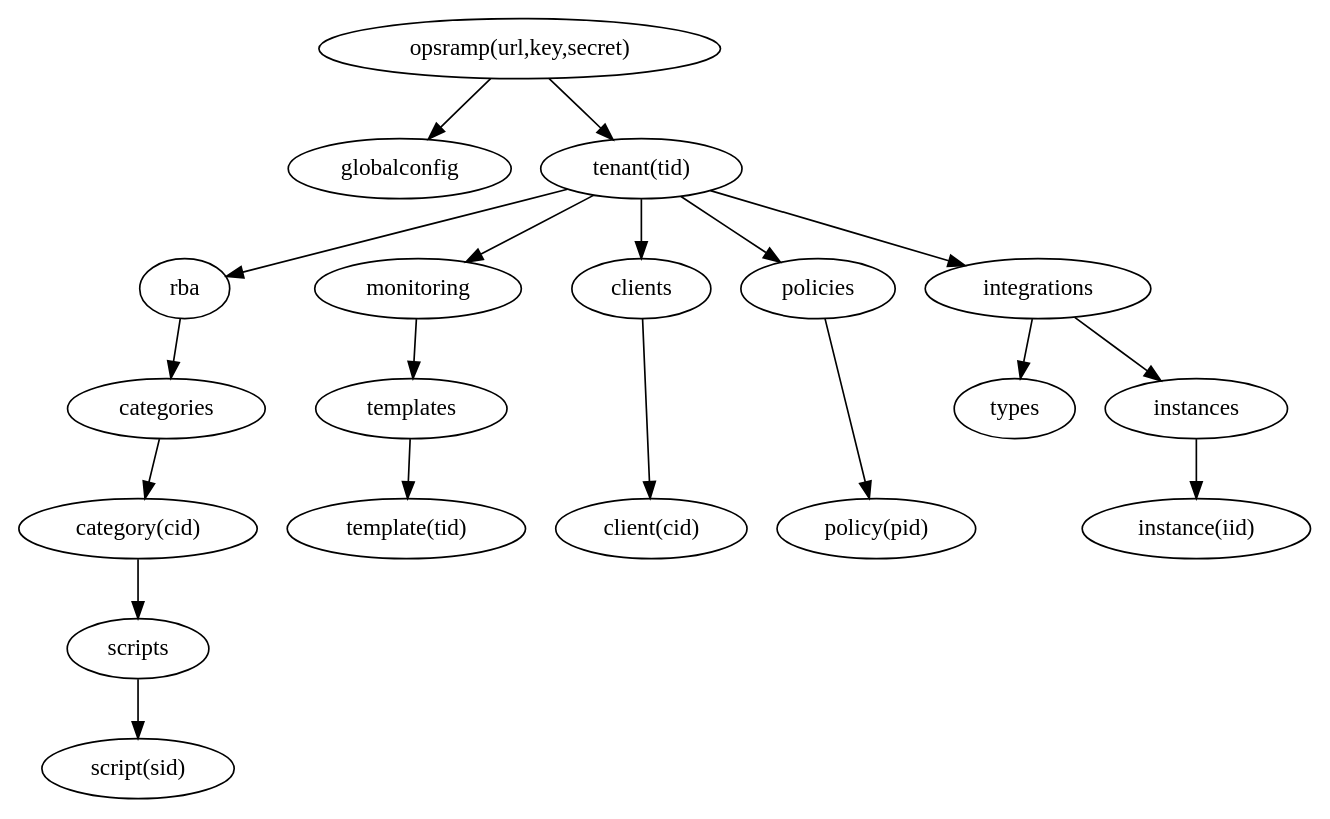
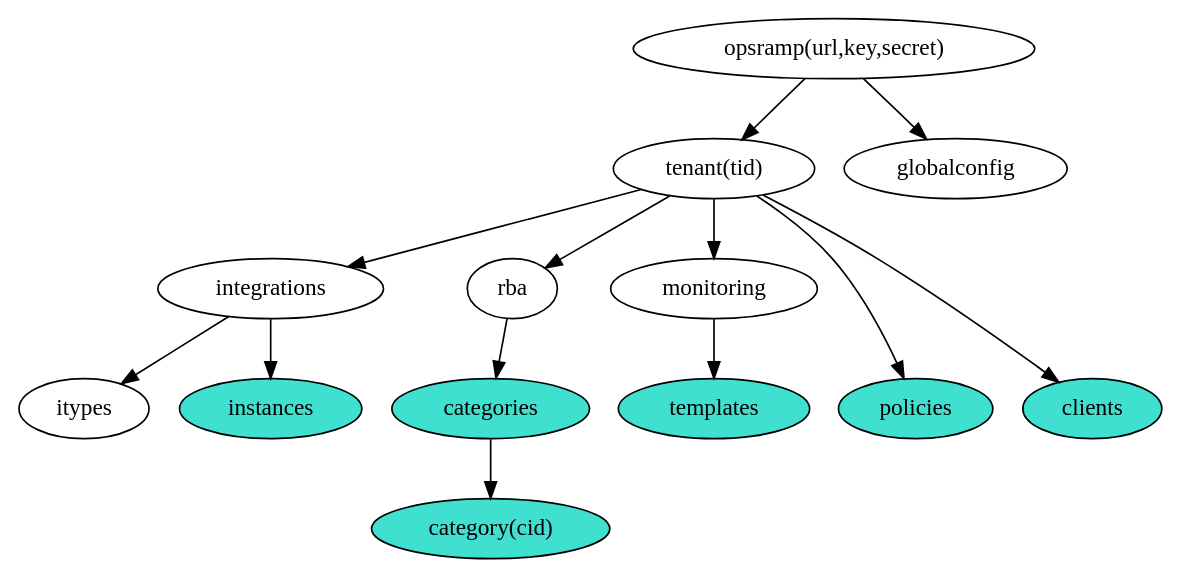
Before and after one commit to HewlettPackard/python-opsramp: the diagram in classes.dot, drawn with Graphviz. The commit also changed 12 other files, not shown here.

```diff
--- a/classes.dot
+++ b/classes.dot
@@ -1,43 +1,35 @@
 # classes.dot
 # An input file for graphviz that produces a diagram of the relationship
 # between the various classes in the python-opsramp language binding.
 #
 # (c) Copyright 2019 Hewlett Packard Enterprise Development LP
 #
 # Licensed under the Apache License, Version 2.0 (the "License");
 # you may not use this file except in compliance with the License.
 # You may obtain a copy of the License at
 #
 #     http://www.apache.org/licenses/LICENSE-2.0
 #
 # Unless required by applicable law or agreed to in writing, software
 # distributed under the License is distributed on an "AS IS" BASIS,
 # WITHOUT WARRANTIES OR CONDITIONS OF ANY KIND, either express or implied.
 # See the License for the specific language governing permissions and
 # limitations under the License.
 #
 digraph {
-  opsramp -> { globalconfig tenant }
+  opsramp -> { tenant globalconfig }
   opsramp [label="opsramp(url,key,secret)"]
-  tenant -> { rba monitoring clients policies integrations }
+  tenant -> { integrations rba monitoring policies clients }
   tenant [label="tenant(tid)"]
   rba -> categories
   categories -> category
-  category [label="category(cid)"]
-  category -> scripts
-  scripts -> script
-  script [label="script(sid)"]
   monitoring -> templates
-  templates -> template
-  template [label="template(tid)"]
-  clients -> client
-  client [label="client(cid)"]
-  policies -> policy
-  policy [label="policy(pid)"]
-  integrations -> { types instances }
-  instances -> instance
-  instance [label="instance(iid)"]
-  { rank=same rba monitoring clients policies integrations }
-  { rank=same categories templates instances }
-  { rank=same category template client policy instance }
+  integrations -> { itypes instances }
+  { rank=same categories templates clients policies itypes instances }
+  category [label="category(cid)" style="filled" fillcolor="turquoise"]
+  instances [style="filled" fillcolor="turquoise"]
+  categories [style="filled" fillcolor="turquoise"]
+  templates [style="filled" fillcolor="turquoise"]
+  policies [style="filled" fillcolor="turquoise"]
+  clients [style="filled" fillcolor="turquoise"]
 }
```
